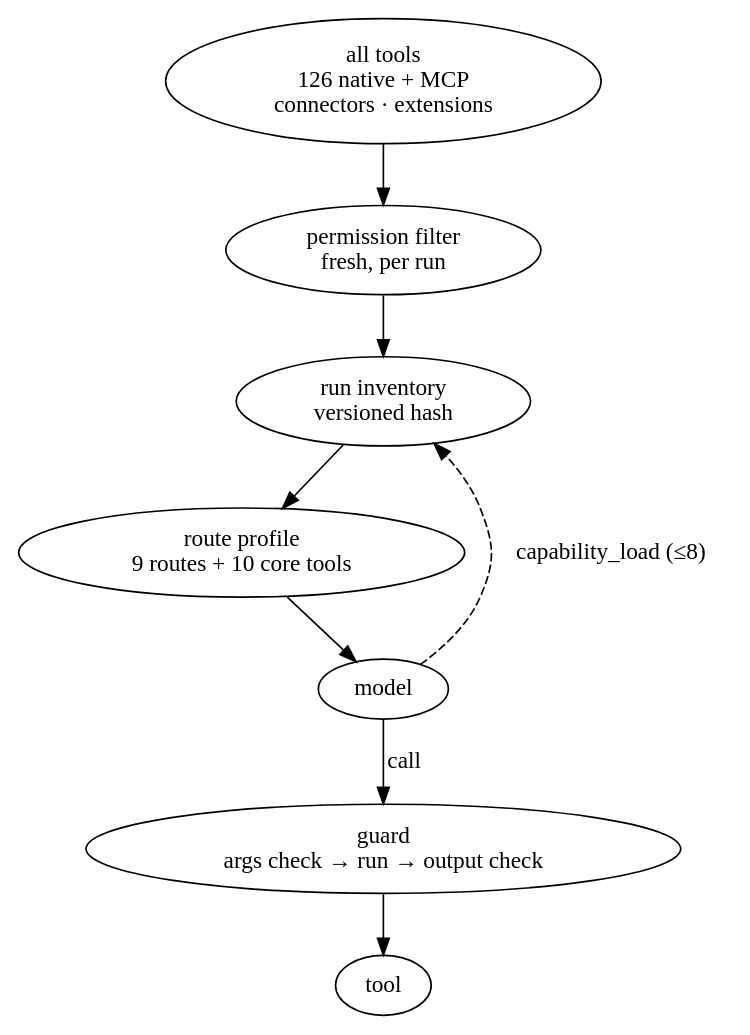
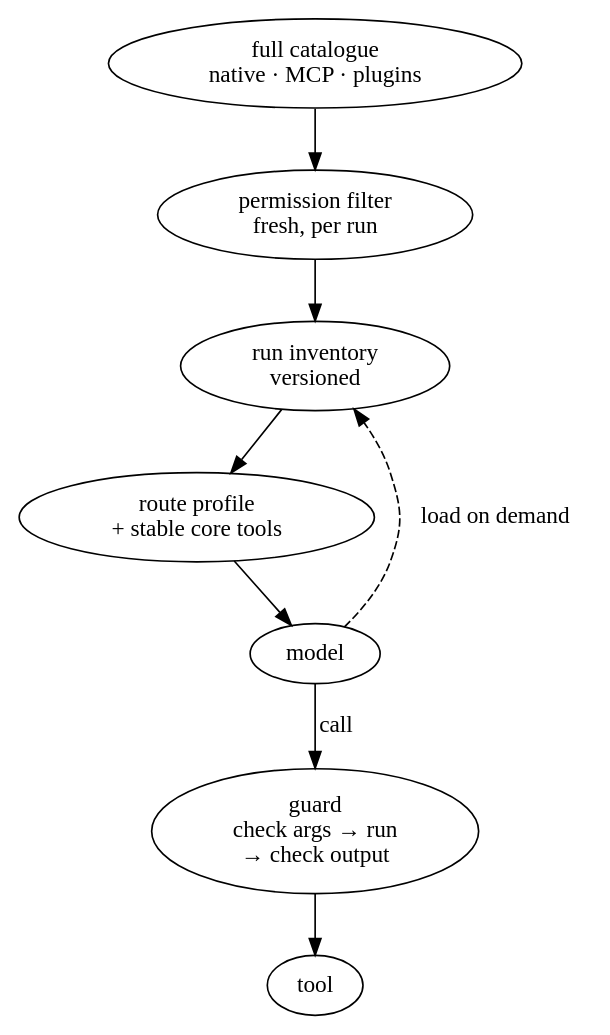
The diagram in src/assets/blog-diagrams/11-skills-adaptive-tool-visibility-agent-authorization.dot (Shaunfurtado/Shaunfurtado.github.io), drawn with Graphviz before and after one commit. The commit also changed 31 other files, not shown here.

```diff
--- a/src/assets/blog-diagrams/11-skills-adaptive-tool-visibility-agent-authorization.dot
+++ b/src/assets/blog-diagrams/11-skills-adaptive-tool-visibility-agent-authorization.dot
@@ -1,14 +1,14 @@
 digraph tools {
 rankdir=TB;
-all [label="all tools\n126 native + MCP\nconnectors · extensions", class="ghost"];
-rbac [label="permission filter\nfresh, per run"];
-inv [label="run inventory\nversioned hash", class="key"];
-route [label="route profile\n9 routes + 10 core tools"];
+all [label="full catalogue\nnative · MCP · plugins", class="ghost"];
+perm [label="permission filter\nfresh, per run"];
+inv [label="run inventory\nversioned", class="key"];
+route [label="route profile\n+ stable core tools"];
 model [label="model"];
-guard [label="guard\nargs check → run → output check"];
+guard [label="guard\ncheck args → run\n→ check output"];
 tool [label="tool"];
-all -> rbac -> inv -> route -> model;
-model -> inv [label="capability_load (≤8)", style=dashed];
+all -> perm -> inv -> route -> model;
+model -> inv [label="load on demand", style=dashed];
 model -> guard [label="call"];
 guard -> tool;
 }
```
